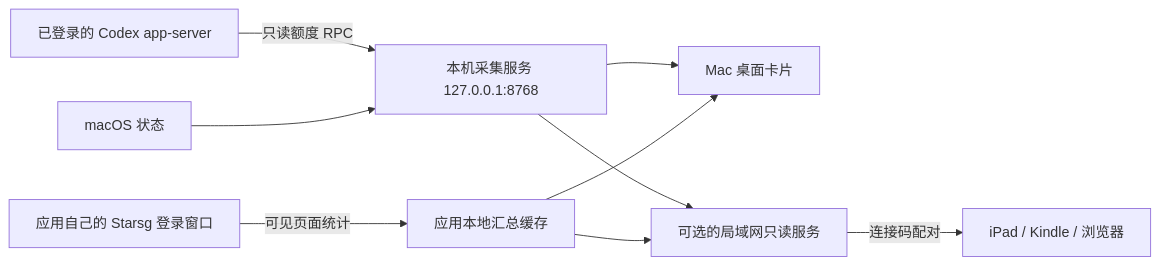
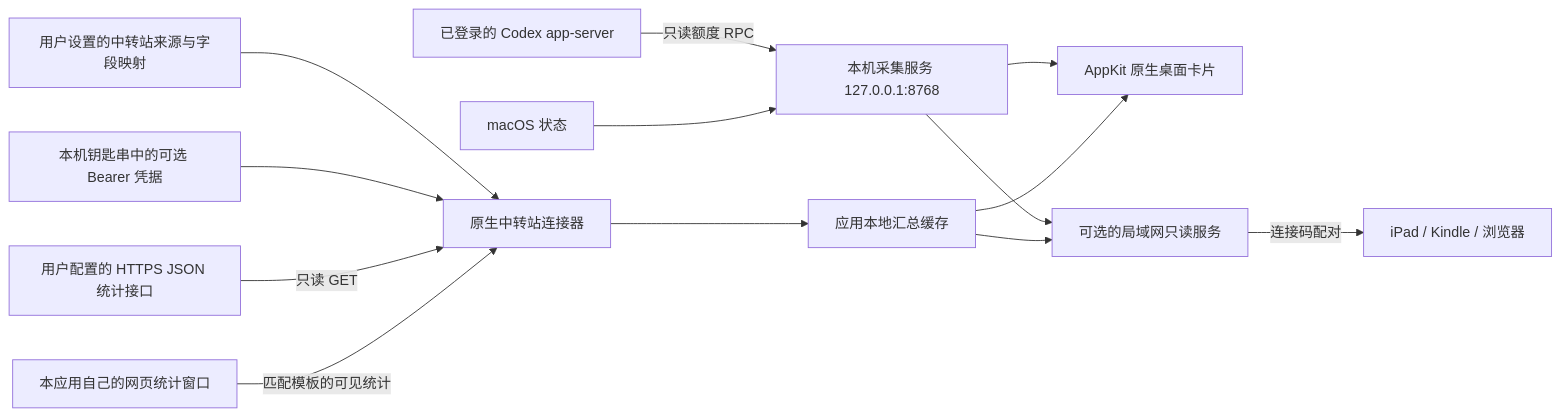
The diagram in docs/architecture.md (areslnn/didi_don_not_forget), drawn with Mermaid before and after one commit. The commit also changed other lines of this file and 31 other files, not shown here.

Commit message:
Make relay providers configurable and showcase native Mac widgets

````diff
--- a/docs/architecture.md
+++ b/docs/architecture.md
@@ -3,11 +3,15 @@
 ```mermaid
 flowchart LR
   Codex[已登录的 Codex app-server] -->|只读额度 RPC| Local[本机采集服务 127.0.0.1:8768]
   Mac[macOS 状态] --> Local
-  Starsg[应用自己的 Starsg 登录窗口] -->|可见页面统计| Summary[应用本地汇总缓存]
-  Local --> Native[Mac 桌面卡片]
+  Config[用户设置的中转站来源与字段映射] --> Relay[原生中转站连接器]
+  Keychain[本机钥匙串中的可选 Bearer 凭据] --> Relay
+  API[用户配置的 HTTPS JSON 统计接口] -->|只读 GET| Relay
+  Web[本应用自己的网页统计窗口] -->|匹配模板的可见统计| Relay
+  Relay --> Summary[应用本地汇总缓存]
+  Local --> Native[AppKit 原生桌面卡片]
   Summary --> Native
   Local --> Bridge[可选的局域网只读服务]
   Summary --> Bridge
   Bridge -->|连接码配对| Browser[iPad / Kindle / 浏览器]
 ```
````
